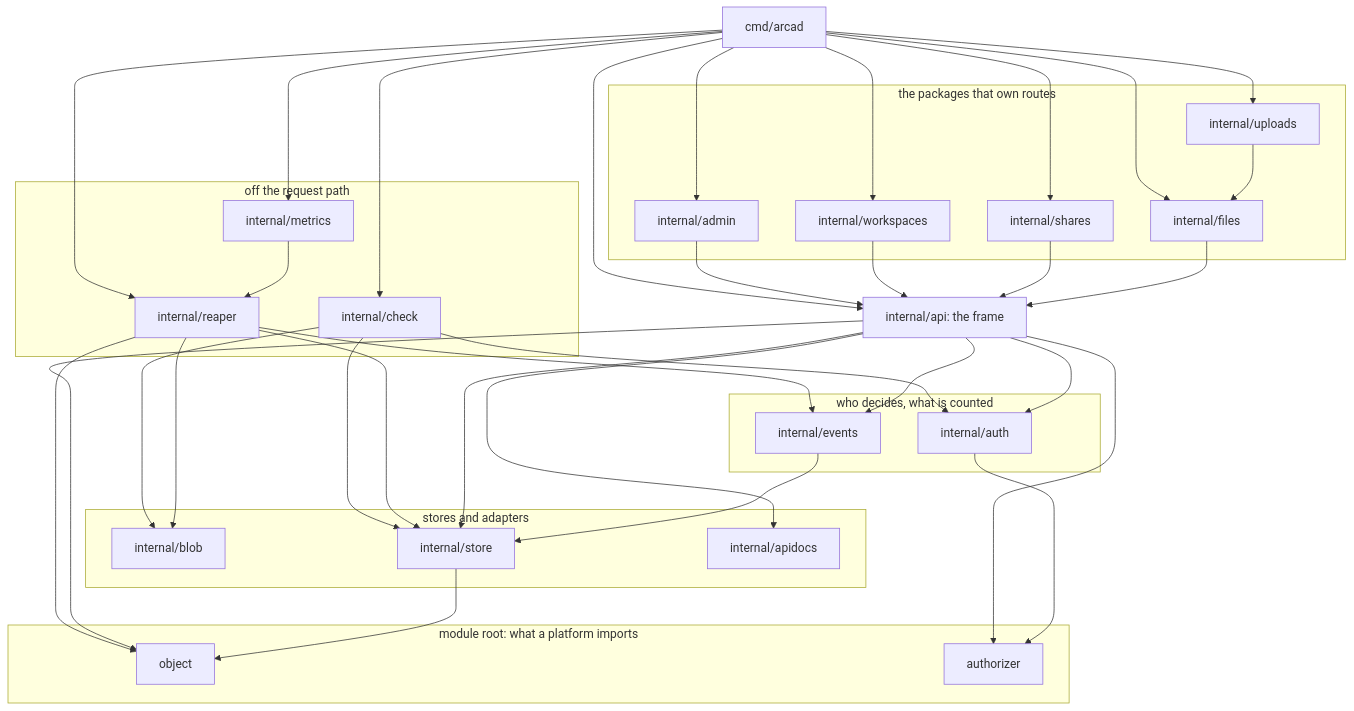
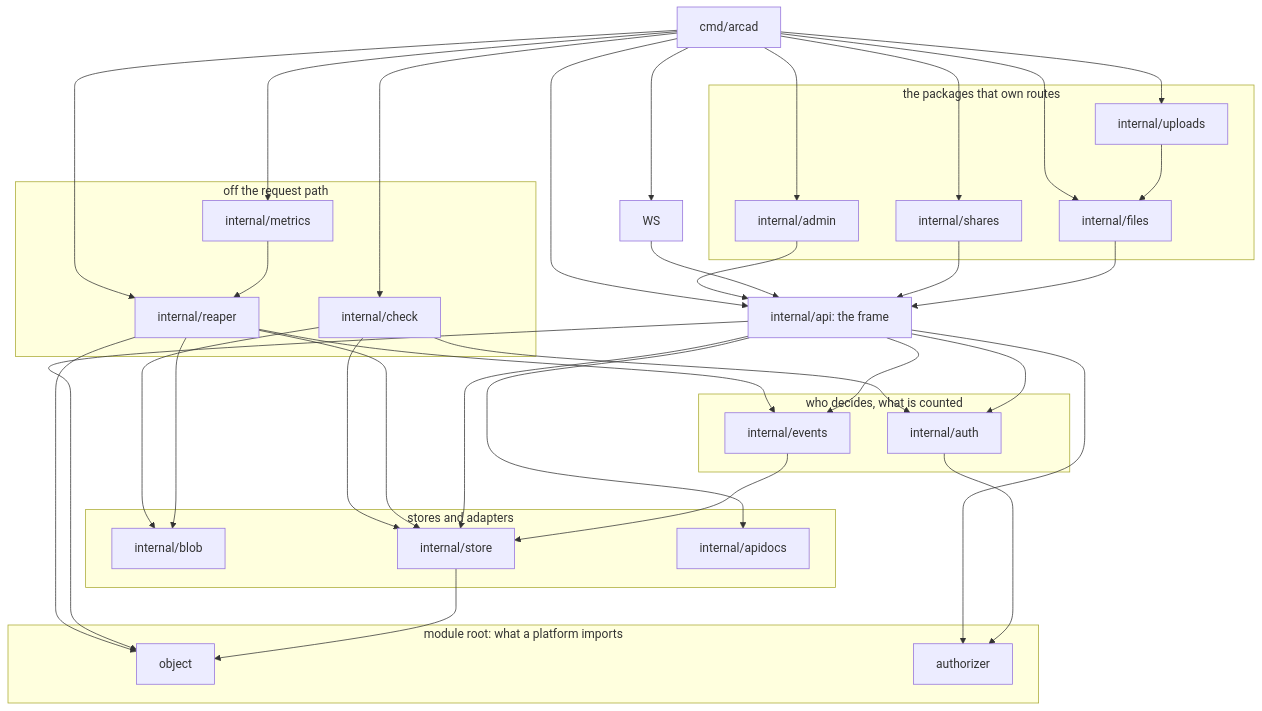
The second of 3 diagrams in specs/001-architecture.md (latere-ai/arca), drawn with Mermaid before and after one commit. The commit also changed other lines of this file and 4 other files, not shown here.

````diff
--- a/specs/001-architecture.md
+++ b/specs/001-architecture.md
@@ -204,41 +206,40 @@
 ```mermaid
 flowchart TB
   subgraph L0["module root: what a platform imports"]
     OBJ[object]
     AZ[authorizer]
   end
   subgraph L1["stores and adapters"]
     BLOB[internal/blob]
     ST[internal/store]
     DOC[internal/apidocs]
   end
   subgraph L2["who decides, what is counted"]
     AU[internal/auth]
     EV[internal/events]
   end
   API["internal/api: the frame"]
   subgraph L4["the packages that own routes"]
     FI[internal/files]
     UP[internal/uploads]
     SH[internal/shares]
-    WS[internal/workspaces]
     AD[internal/admin]
   end
   subgraph L5["off the request path"]
     RE[internal/reaper]
     ME[internal/metrics]
     CH[internal/check]
   end
   MAIN[cmd/arcad]
 
   ST --> OBJ
   AU --> AZ
   EV --> ST
   API --> AZ & DOC & AU & EV & ST & OBJ
   FI & SH & WS & AD --> API
   UP --> FI
   RE --> BLOB & EV & ST & OBJ
   ME --> RE
   CH --> AU & BLOB & ST
   MAIN --> FI & UP & SH & WS & AD & RE & ME & CH & API
 ```
````
